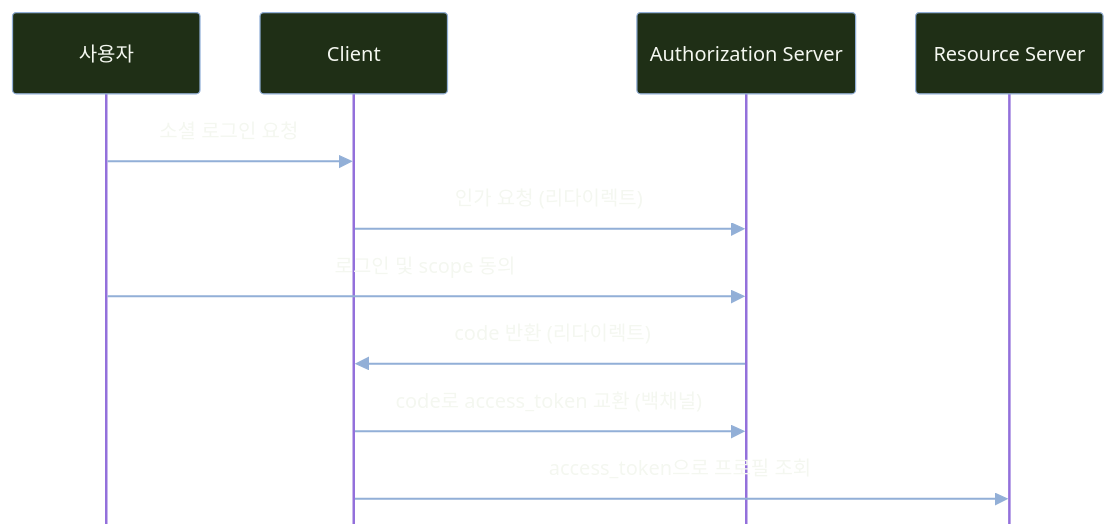
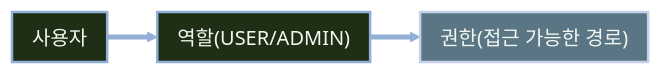
Before and after one commit to qus0in/slide-maker: the third of 4 diagrams in slides.md, drawn with Mermaid. The commit also changed other lines of this file, not shown here.

````diff
--- a/slides.md
+++ b/slides.md
@@ -166,33 +300,22 @@
 ```mermaid
 ---
 config:
   themeVariables:
     lineColor: "#92AFD7"
-    actorBkg: "#1F2F16"
-    actorBorder: "#92AFD7"
-    actorTextColor: "#F4F7F0"
-    signalColor: "#92AFD7"
-    signalTextColor: "#F4F7F0"
-    activationBkgColor: "#5A7684"
-    activationBorderColor: "#92AFD7"
-    labelBoxBkgColor: "#1F2F16"
-    labelBoxBorderColor: "#5A7684"
-    labelTextColor: "#F4F7F0"
-    loopTextColor: "#F4F7F0"
-  sequence:
-    actorMargin: 48
-    messageMargin: 36
-    mirrorActors: false
+    arrowheadColor: "#92AFD7"
+    edgeLabelBackground: "#1F2F16"
+  flowchart:
+    padding: 8
+    nodeSpacing: 40
+    rankSpacing: 40
 ---
-sequenceDiagram
-  participant U as 사용자
-  participant C as Client
-  participant A as Authorization Server
-  participant R as Resource Server
-  U->>C: 소셜 로그인 요청
-  C->>A: 인가 요청 (리다이렉트)
-  U->>A: 로그인 및 scope 동의
-  A->>C: code 반환 (리다이렉트)
-  C->>A: code로 access_token 교환 (백채널)
-  C->>R: access_token으로 프로필 조회
+flowchart LR
+  A["사용자"] --> B["역할(USER/ADMIN)"]
+  B --> C["권한(접근 가능한 경로)"]
+
+  class A,B step
+  class C result
+  classDef step fill:#1F2F16,stroke:#92AFD7,color:#F4F7F0,stroke-width:2px
+  classDef result fill:#5A7684,stroke:#C5D1EB,color:#F4F7F0,stroke-width:2px
+  linkStyle default stroke:#92AFD7,stroke-width:4px
 ```
````
